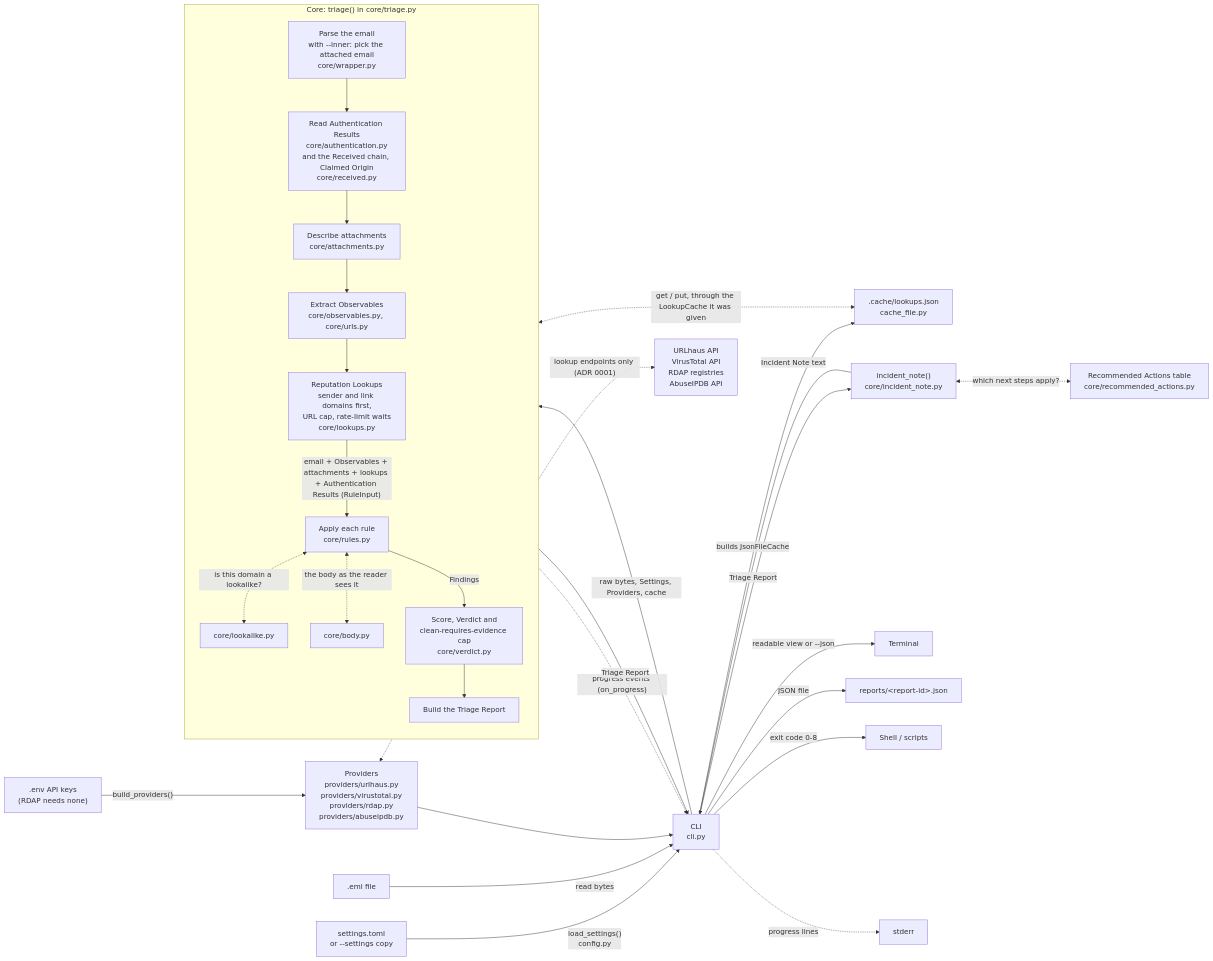
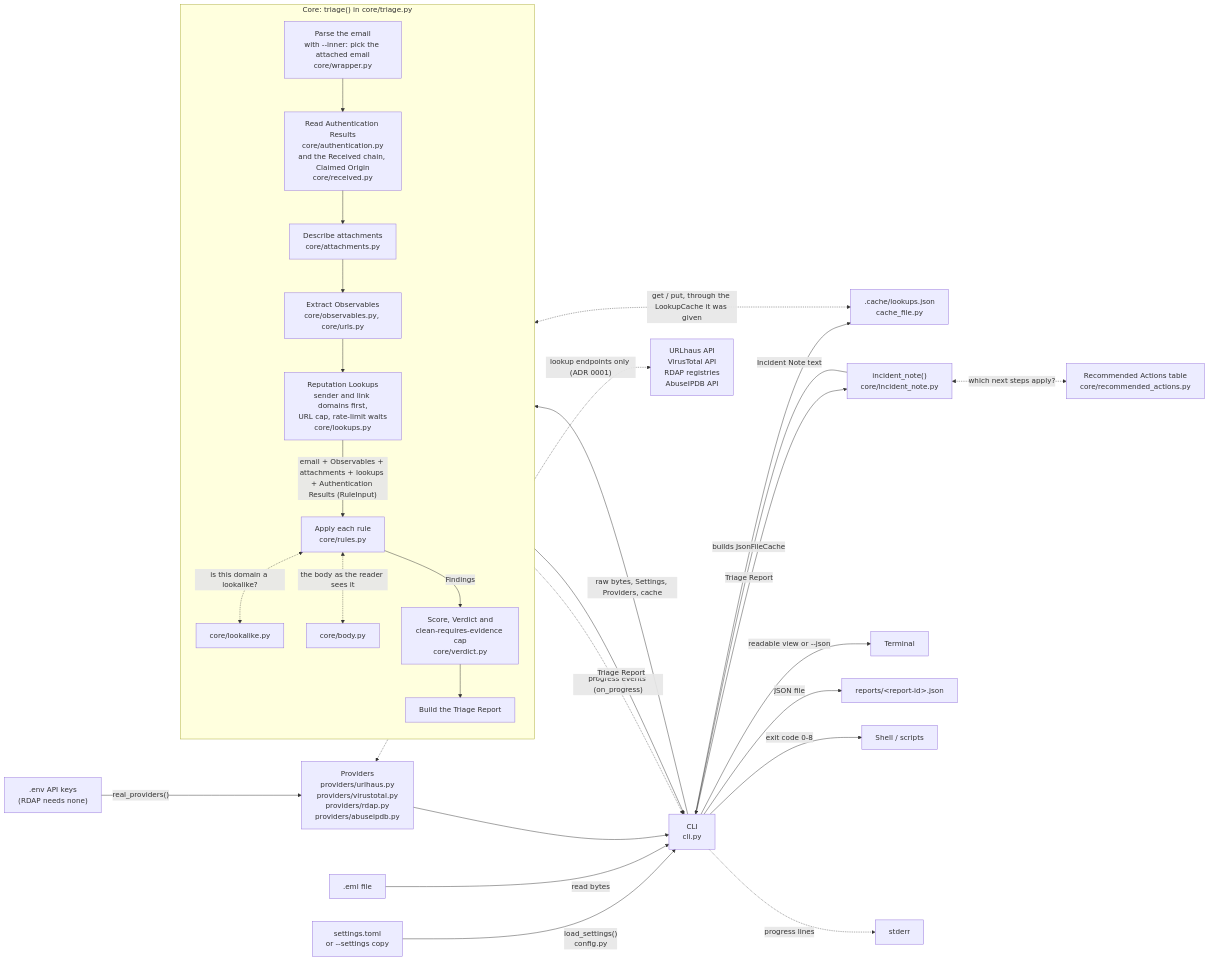
One commit to GiacomoBarry/phishing-triage changed the first of 3 diagrams in docs/ARCHITECTURE.md. Above: the diagram before and after it, drawn with Mermaid. The commit also changed other lines of this file and 5 other files, not shown here.

````diff
--- a/docs/ARCHITECTURE.md
+++ b/docs/ARCHITECTURE.md
@@ -17,34 +17,34 @@
 ```mermaid
 flowchart LR
     toml["settings.toml<br/>or --settings copy"] -->|"load_settings()<br/>config.py"| cli
     file[".eml file"] -->|read bytes| cli["CLI<br/>cli.py"]
-    env[".env API keys<br/>(RDAP needs none)"] -->|"build_providers()"| providers["Providers<br/>providers/urlhaus.py<br/>providers/virustotal.py<br/>providers/rdap.py<br/>providers/abuseipdb.py"]
+    env[".env API keys<br/>(RDAP needs none)"] -->|"real_providers()"| providers["Providers<br/>providers/urlhaus.py<br/>providers/virustotal.py<br/>providers/rdap.py<br/>providers/abuseipdb.py"]
     providers --> cli
     providers <-.->|"lookup endpoints only (ADR 0001)"| internet["URLhaus API<br/>VirusTotal API<br/>RDAP registries<br/>AbuseIPDB API"]
     cli -->|"raw bytes, Settings, Providers, cache"| core
     cli -->|"builds JsonFileCache"| cachefile[".cache/lookups.json<br/>cache_file.py"]
     lookups <-.->|"get / put, through the LookupCache it was given"| cachefile
 
     subgraph core["Core: triage() in core/triage.py"]
         direction TB
         parse["Parse the email<br/>with --inner: pick the attached email<br/>core/wrapper.py"] --> headers["Read Authentication Results<br/>core/authentication.py<br/>and the Received chain, Claimed Origin<br/>core/received.py"]
         headers --> attach["Describe attachments<br/>core/attachments.py"]
         attach --> extract["Extract Observables<br/>core/observables.py, core/urls.py"]
         extract --> lookups["Reputation Lookups<br/>sender and link domains first,<br/>URL cap, rate-limit waits<br/>core/lookups.py"]
         lookups -->|"email + Observables + attachments + lookups + Authentication Results (RuleInput)"| rules["Apply each rule<br/>core/rules.py"]
         rules <-.->|"is this domain a lookalike?"| lookalike["core/lookalike.py"]
         rules <-.->|"the body as the reader sees it"| body["core/body.py"]
         rules -->|Findings| verdict["Score, Verdict and<br/>clean-requires-evidence cap<br/>core/verdict.py"]
         verdict --> build["Build the Triage Report"]
     end
 
     core -->|Triage Report| cli
     cli -->|Triage Report| note["incident_note()<br/>core/incident_note.py"]
     note <-.->|"which next steps apply?"| actions["Recommended Actions table<br/>core/recommended_actions.py"]
     note -->|Incident Note text| cli
     cli -->|readable view or --json| terminal["Terminal"]
     cli -->|JSON file| reports["reports/&lt;report-id&gt;.json"]
     cli -->|exit code 0-8| shell["Shell / scripts"]
     lookups -.->|"progress events (on_progress)"| cli
     cli -.->|progress lines| stderr["stderr"]
 ```
````
